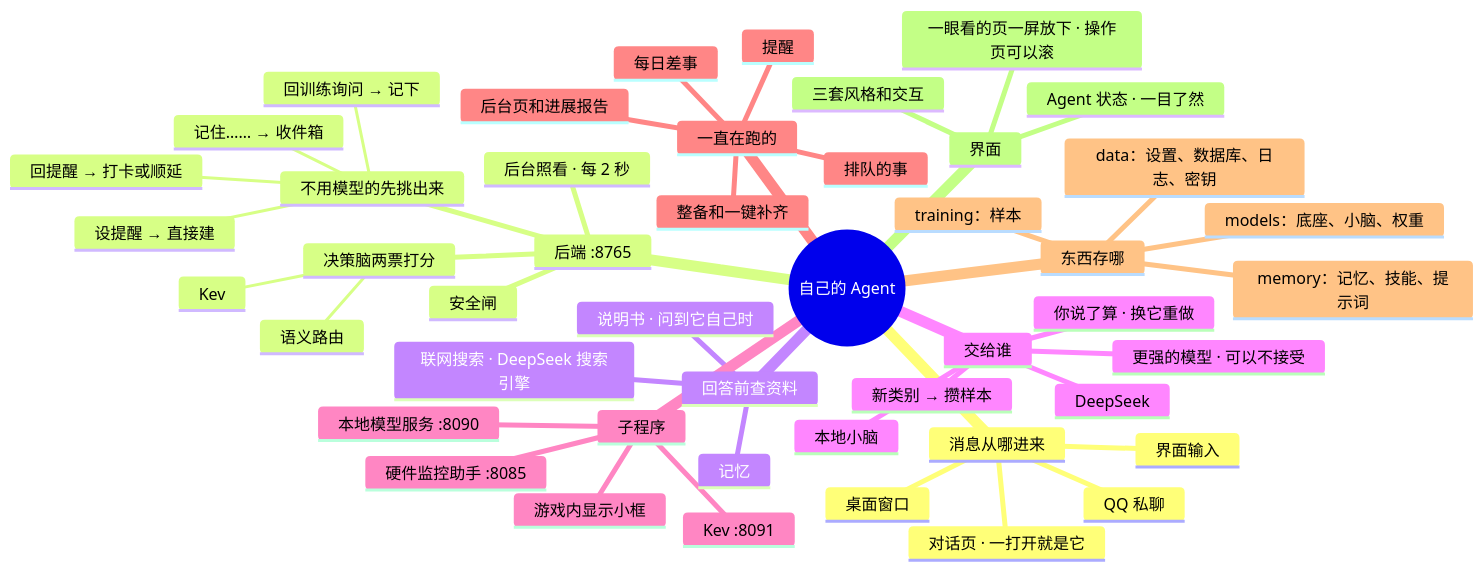
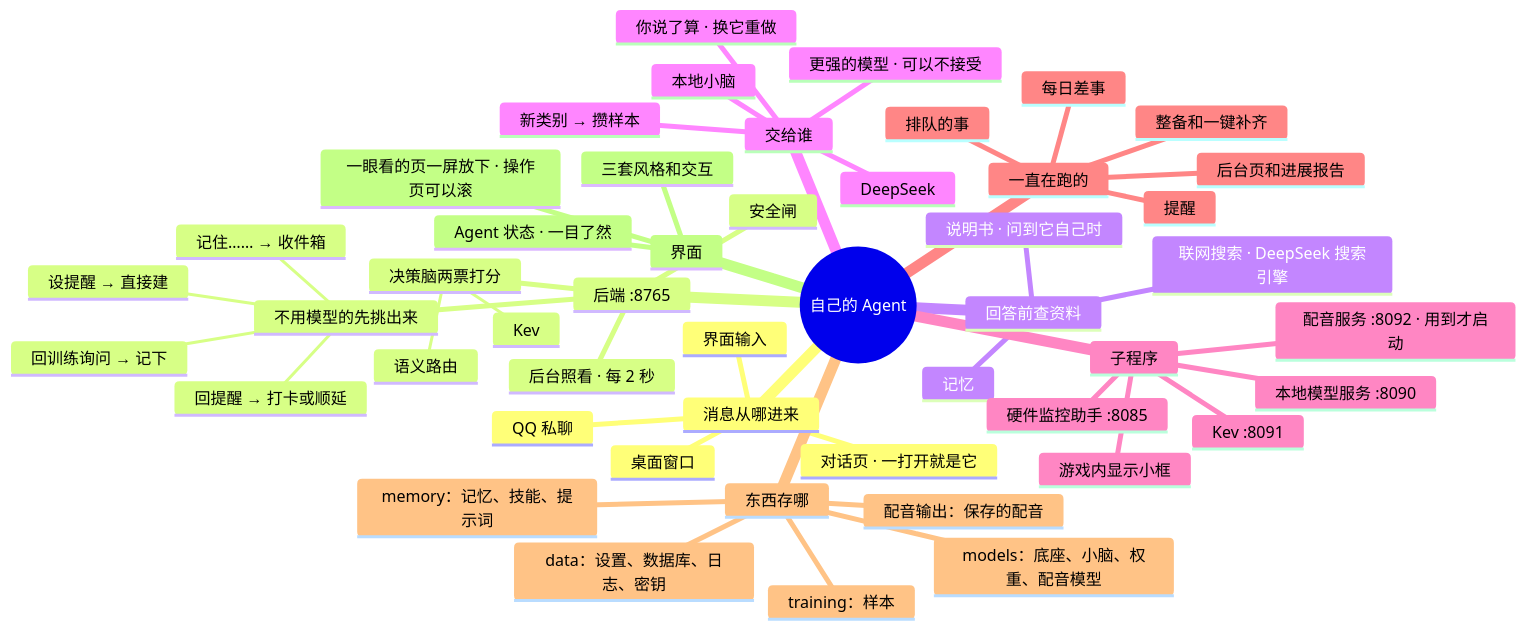
The diagram in docs/AI文档/架构/00-总览.md (lql-076/Experiment-Agent-One), drawn with Mermaid before and after one commit. The commit also changed other lines of this file and 38 other files, not shown here.

````diff
--- a/docs/AI文档/架构/00-总览.md
+++ b/docs/AI文档/架构/00-总览.md
@@ -9,78 +9,82 @@
 ```mermaid
 mindmap
   root((自己的 Agent))
     消息从哪进来
       对话页 · 一打开就是它
       :::go-12
       QQ 私聊
       :::svc-qq go-04
       界面输入
       桌面窗口
       :::go-13
     后端 :8765
     :::svc-backend
       不用模型的先挑出来
         回提醒 → 打卡或顺延
         回训练询问 → 记下
         设提醒 → 直接建
         记住…… → 收件箱
       决策脑两票打分
       :::go-01
         语义路由
         Kev
         :::svc-kev
       安全闸
       :::go-08
       后台照看 · 每 2 秒
     回答前查资料
       记忆
       :::go-05
       说明书 · 问到它自己时
       :::go-01
       联网搜索 · DeepSeek 搜索引擎
       :::go-03
     交给谁
       本地小脑
       :::go-02
       DeepSeek
       :::svc-ds go-03
       更强的模型 · 可以不接受
       :::go-03
       你说了算 · 换它重做
       :::go-01
       新类别 → 攒样本
       :::go-06
     子程序
       本地模型服务 :8090
       :::svc-model go-02
       Kev :8091
       :::svc-kev
       硬件监控助手 :8085
       :::svc-hw go-11
       游戏内显示小框
       :::go-11
+      配音服务 :8092 · 用到才启动
+      :::svc-tts go-14
     一直在跑的
       提醒
       :::go-04
       每日差事
       :::svc-nightly go-07
       排队的事
       :::svc-queue
       整备和一键补齐
       :::go-09
       后台页和进展报告
       :::go-10
     东西存哪
       data：设置、数据库、日志、密钥
       memory：记忆、技能、提示词
       :::go-05
       training：样本
-      models：底座、小脑、权重
+      models：底座、小脑、权重、配音模型
+      配音输出：保存的配音
+      :::go-14
     界面
       一眼看的页一屏放下 · 操作页可以滚
       :::go-12
       Agent 状态 · 一目了然
       :::go-12
       三套风格和交互
       :::go-12
 ```
````
